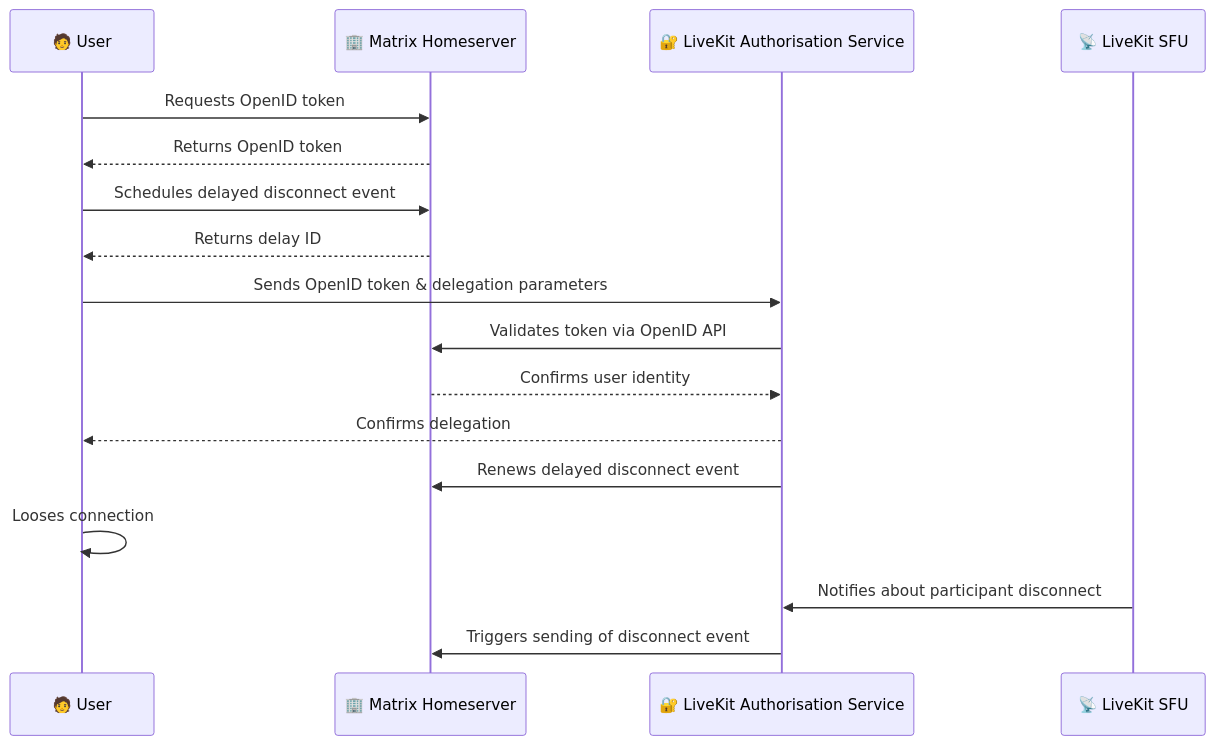
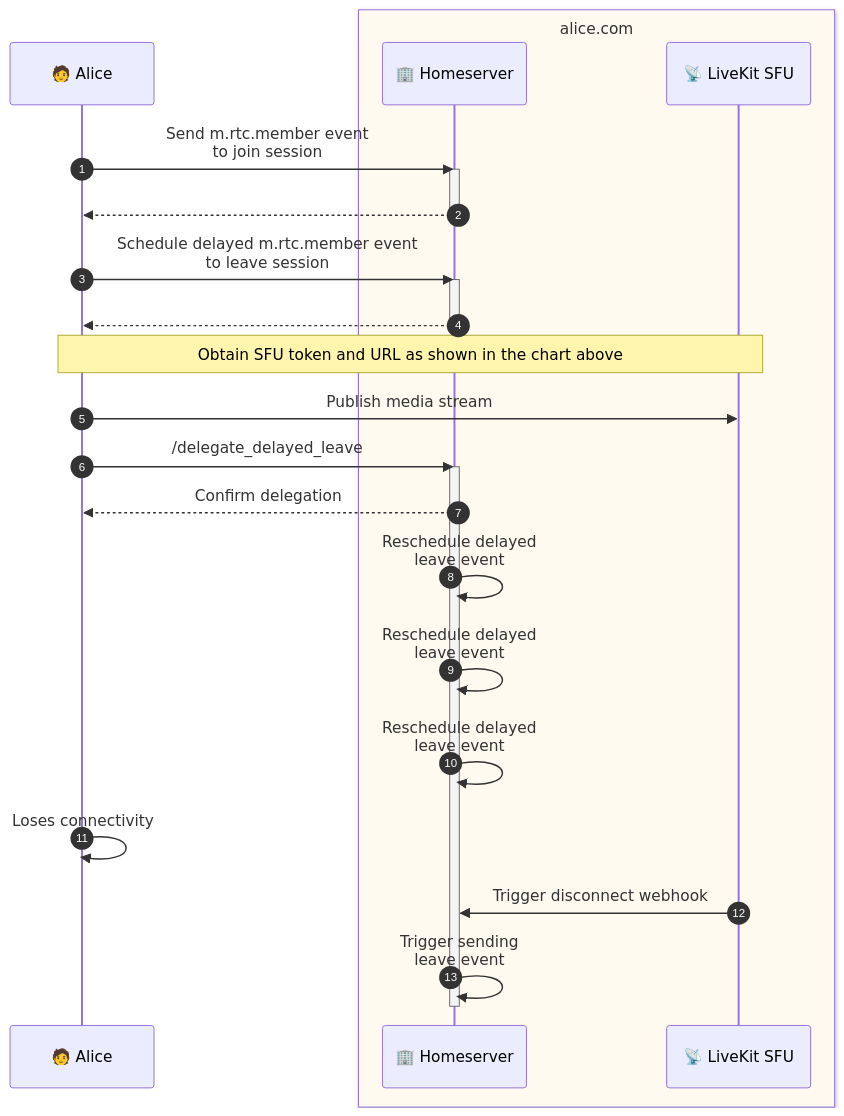
Before and after one commit to matrix-org/matrix-spec-proposals: the second of 2 diagrams in proposals/4195-matrixrtc-livekit.md, drawn with Mermaid. The commit also changed other lines of this file, not shown here.

Commit message:
First stab at eliminating the service in favor of CS/SS endpoints

````diff
--- a/proposals/4195-matrixrtc-livekit.md
+++ b/proposals/4195-matrixrtc-livekit.md
@@ -295,20 +300,38 @@
 ```mermaid
 sequenceDiagram
-    participant U as 🧑 User
-    participant M as 🏢 Matrix Homeserver
-    participant A as 🔐 LiveKit Authorisation Service
-    participant L as 📡 LiveKit SFU
+    autonumber
 
-    U->>M: Requests OpenID token
-    M-->>U: Returns OpenID token
-    U->>M: Schedules delayed disconnect event
-    M-->>U: Returns delay ID
-    U->>A: Sends OpenID token & delegation parameters
-    A->>M: Validates token via OpenID API
-    M-->>A: Confirms user identity
-    A-->>U: Confirms delegation
-    A->>M: Renews delayed disconnect event
-    U->>U: Looses connection
-    L->>A: Notifies about participant disconnect
-    A->>M: Triggers sending of disconnect event
+    participant U as 🧑 Alice
+
+    box floralwhite alice.com
+        participant H as 🏢 Homeserver
+        participant L as 📡 LiveKit SFU
+    end
+
+    U->>H: Send m.rtc.member event<br>to join session
+    activate H
+    H-->>U: ​
+    deactivate H
+  
+    U->>H: Schedule delayed m.rtc.member event<br>to leave session
+    activate H
+    H-->>U: ​
+    deactivate H
+  
+    Note over U,L: Obtain SFU token and URL as shown in the chart above
+  
+    U->>L: Publish media stream
+  
+    U->>H: /delegate_delayed_leave
+    activate H
+    H-->>U: Confirm delegation
+    H->>H: Reschedule delayed<br>leave event
+    H->>H: Reschedule delayed<br>leave event
+    H->>H: Reschedule delayed<br>leave event
+  
+    U->>U: Loses connectivity
+  
+    L->>H: Trigger disconnect webhook
+    H->>H: Trigger sending<br>leave event
+    deactivate H
 ```
````
